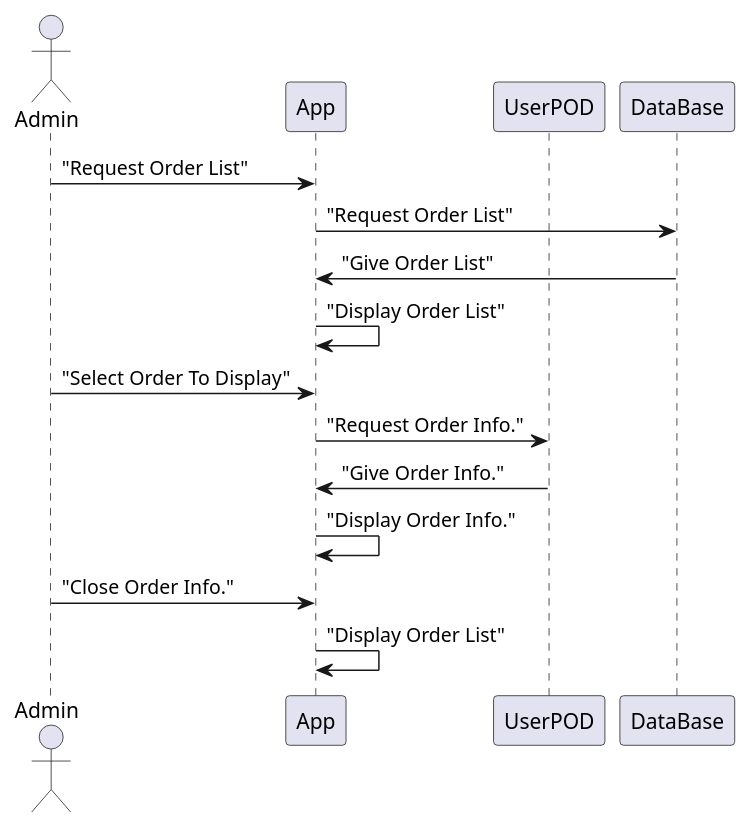
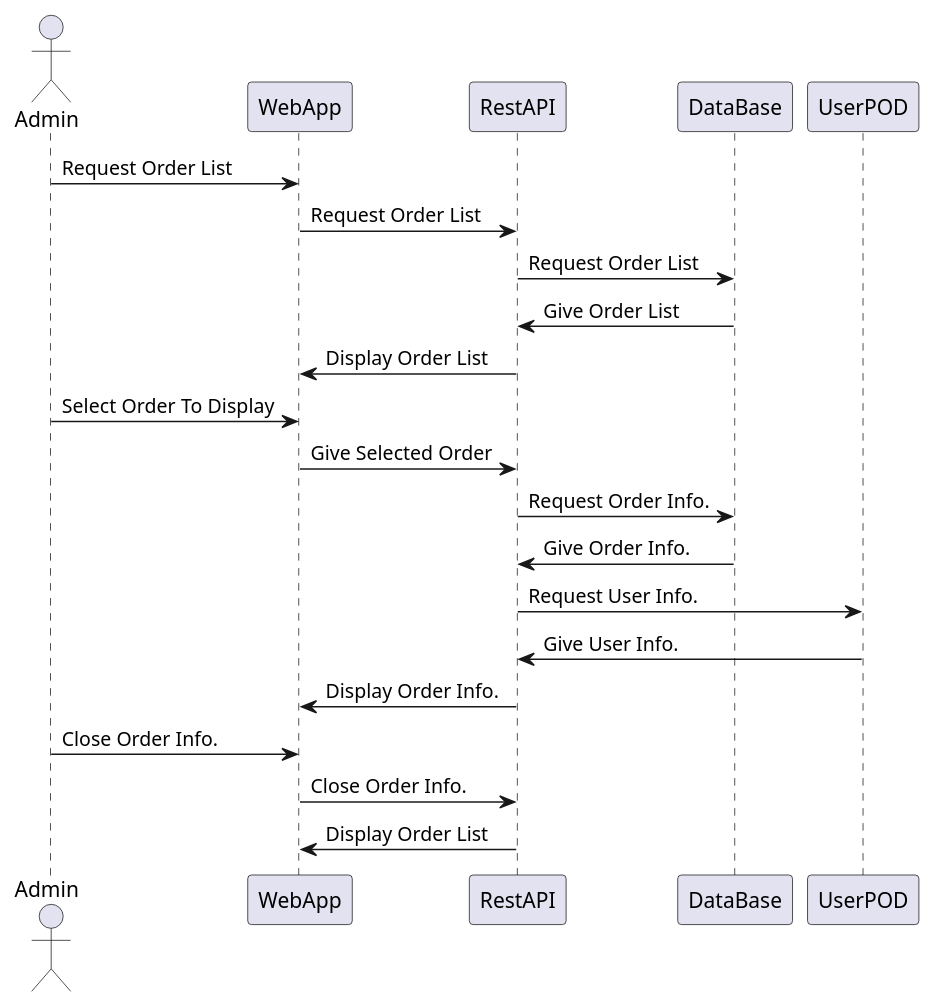
The fourth of 4 diagrams in docs/06_runtime_view.adoc (Arquisoft/dede_es3c), drawn with PlantUML before and after one commit. The commit also changed other lines of this file, not shown here.

First line of the commit message:
Corrección diagramas de estado

```diff
--- a/docs/06_runtime_view.adoc
+++ b/docs/06_runtime_view.adoc
@@ -100,18 +107,24 @@
 [plantuml,"(Admin) Monitor Order Status",png]
 ----
 actor Admin
-participant App
+participant WebApp
+participant RestAPI
+participant DataBase
 participant UserPOD
-participant DataBase
 
-Admin -> App: "Request Order List"
-App -> DataBase: "Request Order List"
-DataBase -> App: "Give Order List"
-App -> App: "Display Order List"
-Admin -> App: "Select Order To Display"
-App -> UserPOD: "Request Order Info."
-UserPOD -> App: "Give Order Info."
-App -> App: "Display Order Info."
-Admin -> App: "Close Order Info."
-App -> App: "Display Order List"
+Admin -> WebApp: Request Order List
+WebApp -> RestAPI: Request Order List
+RestAPI -> DataBase: Request Order List
+DataBase -> RestAPI: Give Order List
+RestAPI -> WebApp: Display Order List
+Admin -> WebApp: Select Order To Display
+WebApp -> RestAPI: Give Selected Order
+RestAPI -> DataBase: Request Order Info.
+DataBase -> RestAPI: Give Order Info.
+RestAPI -> UserPOD: Request User Info.
+UserPOD -> RestAPI: Give User Info.
+RestAPI -> WebApp: Display Order Info.
+Admin -> WebApp: Close Order Info.
+WebApp -> RestAPI: Close Order Info.
+RestAPI -> WebApp: Display Order List
 ----
```
